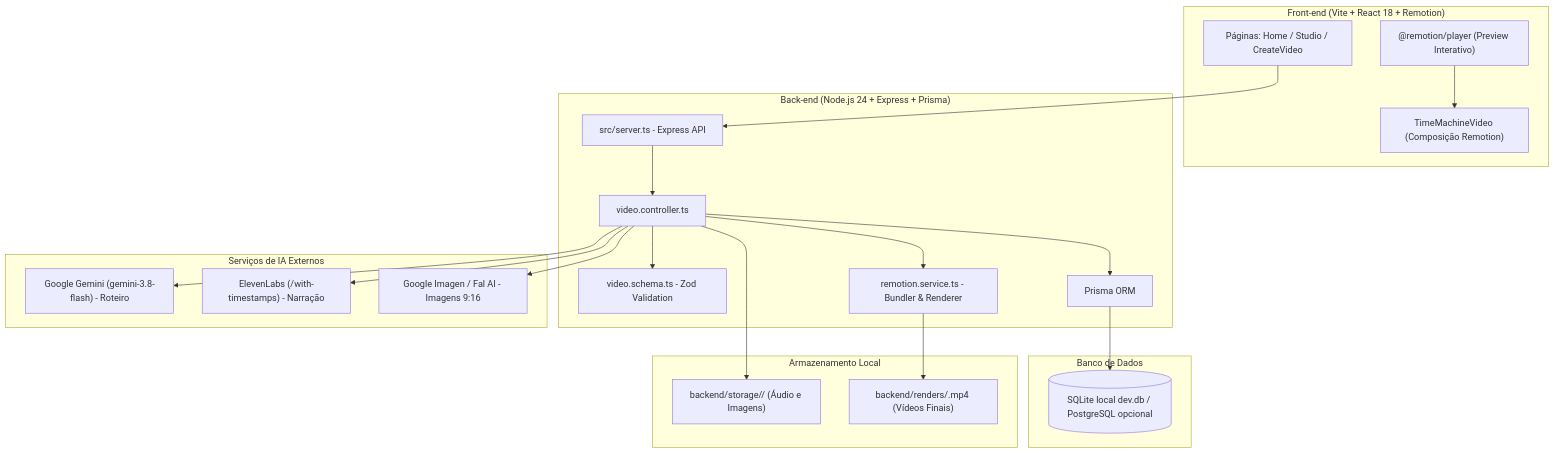
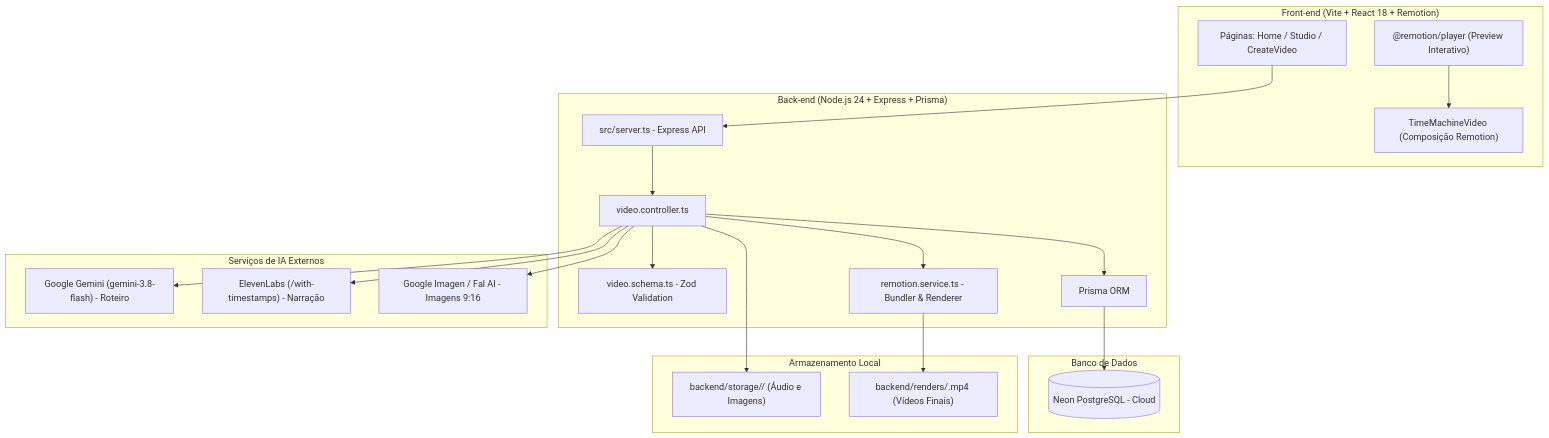
Before and after one commit to M-Fragata/tiktok-videos: the diagram in AGENT.md, drawn with Mermaid. The commit also changed other lines of this file and 9 other files, not shown here.

````diff
--- a/AGENT.md
+++ b/AGENT.md
@@ -23,44 +23,44 @@
 ```mermaid
 graph TD
     subgraph Frontend ["Front-end (Vite + React 18 + Remotion)"]
         UI[Páginas: Home / Studio / CreateVideo]
         Player["@remotion/player (Preview Interativo)"]
         Comp["TimeMachineVideo (Composição Remotion)"]
     end
 
     subgraph Backend ["Back-end (Node.js 24 + Express + Prisma)"]
         Server[src/server.ts - Express API]
         Ctrl[video.controller.ts]
         Schema[video.schema.ts - Zod Validation]
         PrismaClient[Prisma ORM]
         RemotionService[remotion.service.ts - Bundler & Renderer]
     end
 
     subgraph Database ["Banco de Dados"]
-        SQLite[(SQLite local dev.db / PostgreSQL opcional)]
+        NeonDB[(Neon PostgreSQL - Cloud)]
     end
 
     subgraph AIServices ["Serviços de IA Externos"]
         Gemini["Google Gemini (gemini-3.8-flash) - Roteiro"]
         ElevenLabs["ElevenLabs (/with-timestamps) - Narração"]
         Imagen["Google Imagen / Fal AI - Imagens 9:16"]
     end
 
     subgraph StorageSystem ["Armazenamento Local"]
         StorageDir["backend/storage/<id>/ (Áudio e Imagens)"]
         RendersDir["backend/renders/<id>.mp4 (Vídeos Finais)"]
     end
 
     UI --> Server
     Player --> Comp
     Server --> Ctrl
     Ctrl --> Schema
     Ctrl --> PrismaClient
-    PrismaClient --> SQLite
+    PrismaClient --> NeonDB
     Ctrl --> Gemini
     Ctrl --> ElevenLabs
     Ctrl --> Imagen
     Ctrl --> StorageDir
     Ctrl --> RemotionService
     RemotionService --> RendersDir
 ```
````
